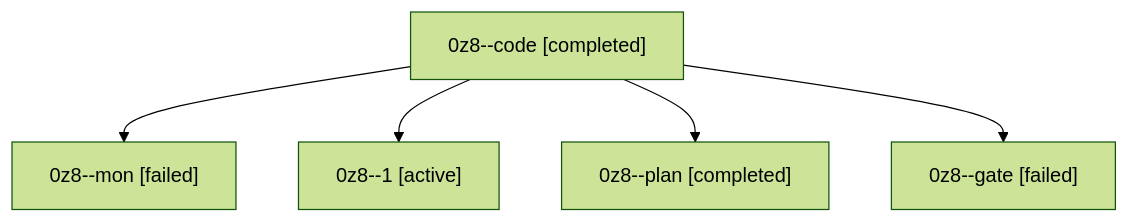
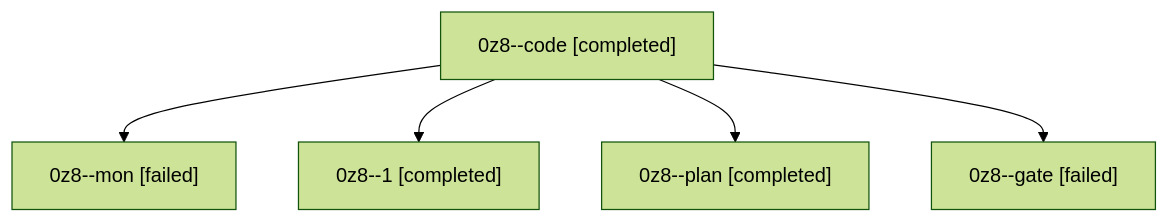
The diagram in sessions/bbugyi200.athena.0z8.md (bobs-org/bob-cli--agents), drawn with Mermaid (forest theme) before and after one commit. The commit also changed other lines of this file and 31 other files, not shown here.

````diff
--- a/sessions/bbugyi200.athena.0z8.md
+++ b/sessions/bbugyi200.athena.0z8.md
@@ -9,12 +9,12 @@
 ```mermaid
 flowchart TD
   n0["0z8--code [completed]"]
   n1["0z8--mon [failed]"]
   n0 --> n1
-  n2["0z8--1 [active]"]
+  n2["0z8--1 [completed]"]
   n0 --> n2
   n3["0z8--plan [completed]"]
   n0 --> n3
   n4["0z8--gate [failed]"]
   n0 --> n4
 ```
````
